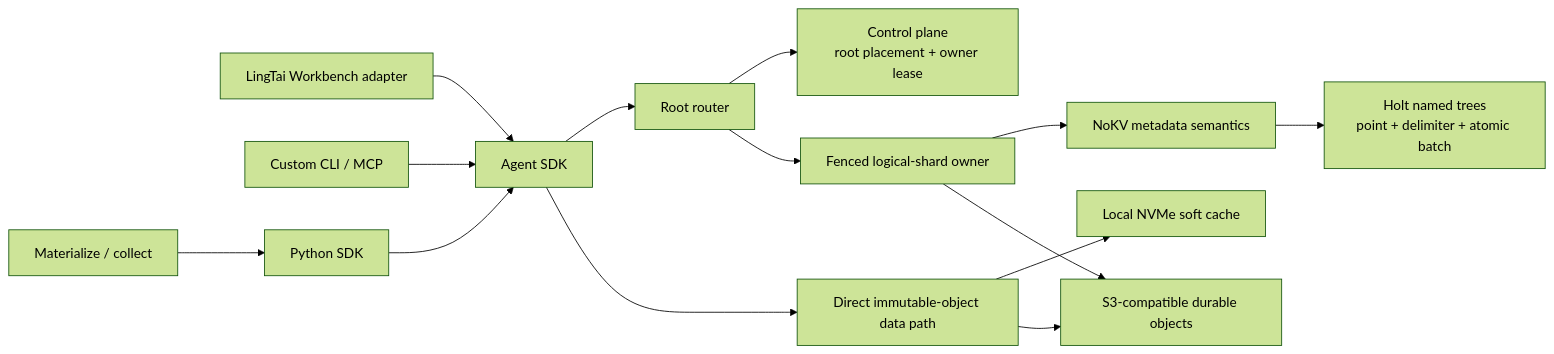
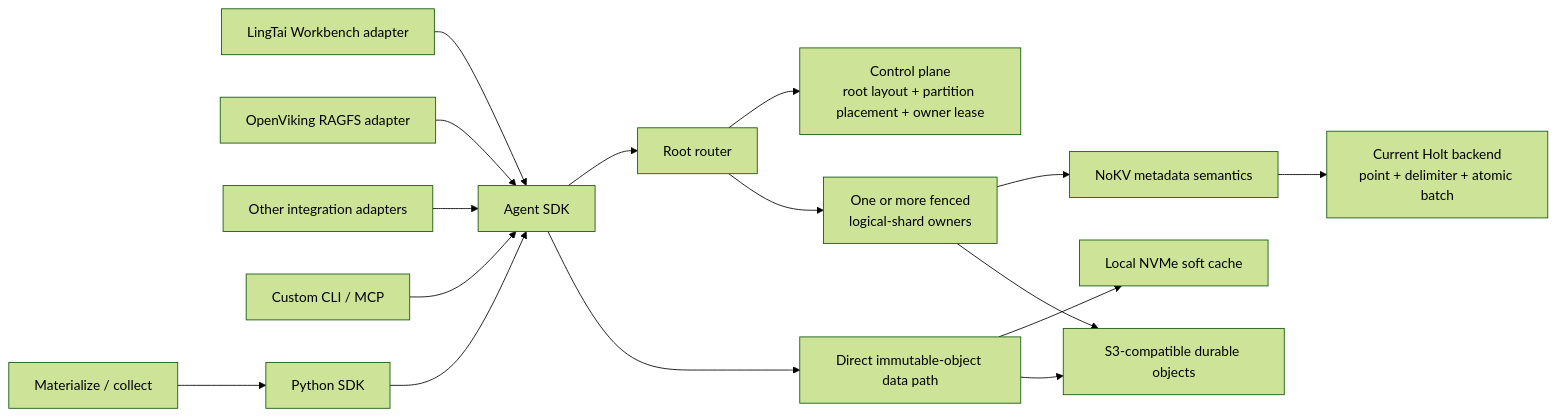
The first of 5 diagrams in docs/architecture.md (NoKV-Lab/NoKV), drawn with Mermaid (forest theme) before and after one commit. The commit also changed other lines of this file, not shown here.

Commit message:
docs: define integration-specific root placement

````diff
--- a/docs/architecture.md
+++ b/docs/architecture.md
@@ -12,19 +18,21 @@
 ```mermaid
 flowchart LR
     Workbench["LingTai Workbench adapter"] --> SDK["Agent SDK"]
+    OpenViking["OpenViking RAGFS adapter"] --> SDK
+    Other["Other integration adapters"] --> SDK
     CLI["Custom CLI / MCP"] --> SDK
     Python["Python SDK"] --> SDK
     Local["Materialize / collect"] --> Python
 
     SDK --> Router["Root router"]
-    Router --> Control["Control plane<br/>root placement + owner lease"]
-    Router --> Owner["Fenced logical-shard owner"]
+    Router --> Control["Control plane<br/>root layout + partition placement + owner lease"]
+    Router --> Owner["One or more fenced<br/>logical-shard owners"]
 
     Owner --> Meta["NoKV metadata semantics"]
-    Meta --> Holt["Holt named trees<br/>point + delimiter + atomic batch"]
+    Meta --> Holt["Current Holt backend<br/>point + delimiter + atomic batch"]
 
     SDK --> Data["Direct immutable-object data path"]
     Data --> Cache["Local NVMe soft cache"]
     Data --> Object["S3-compatible durable objects"]
     Owner --> Object
 ```
````
